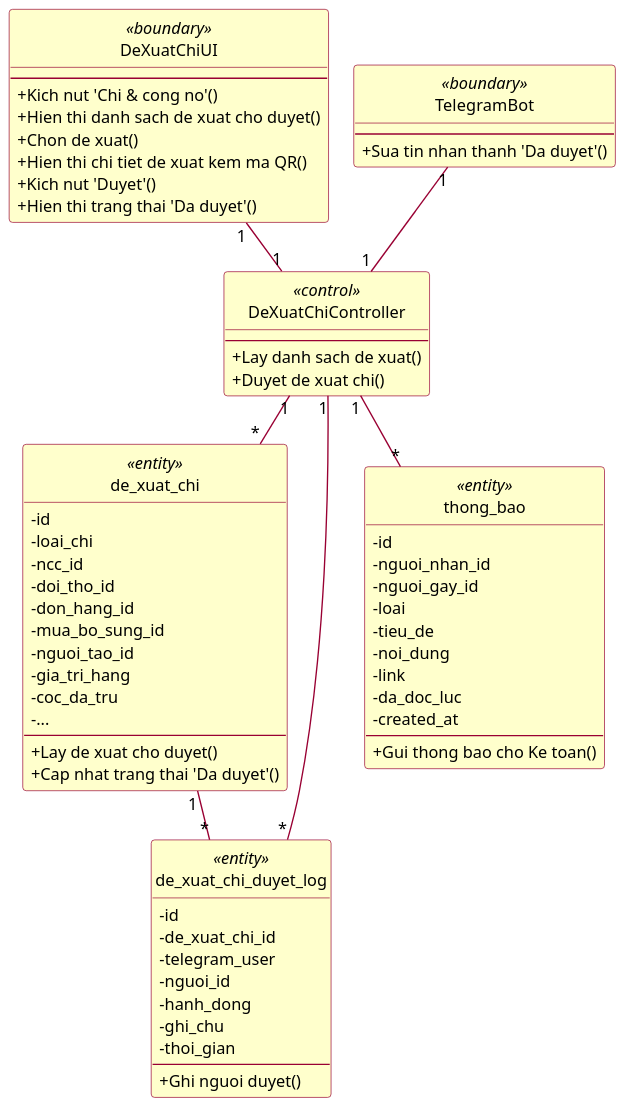
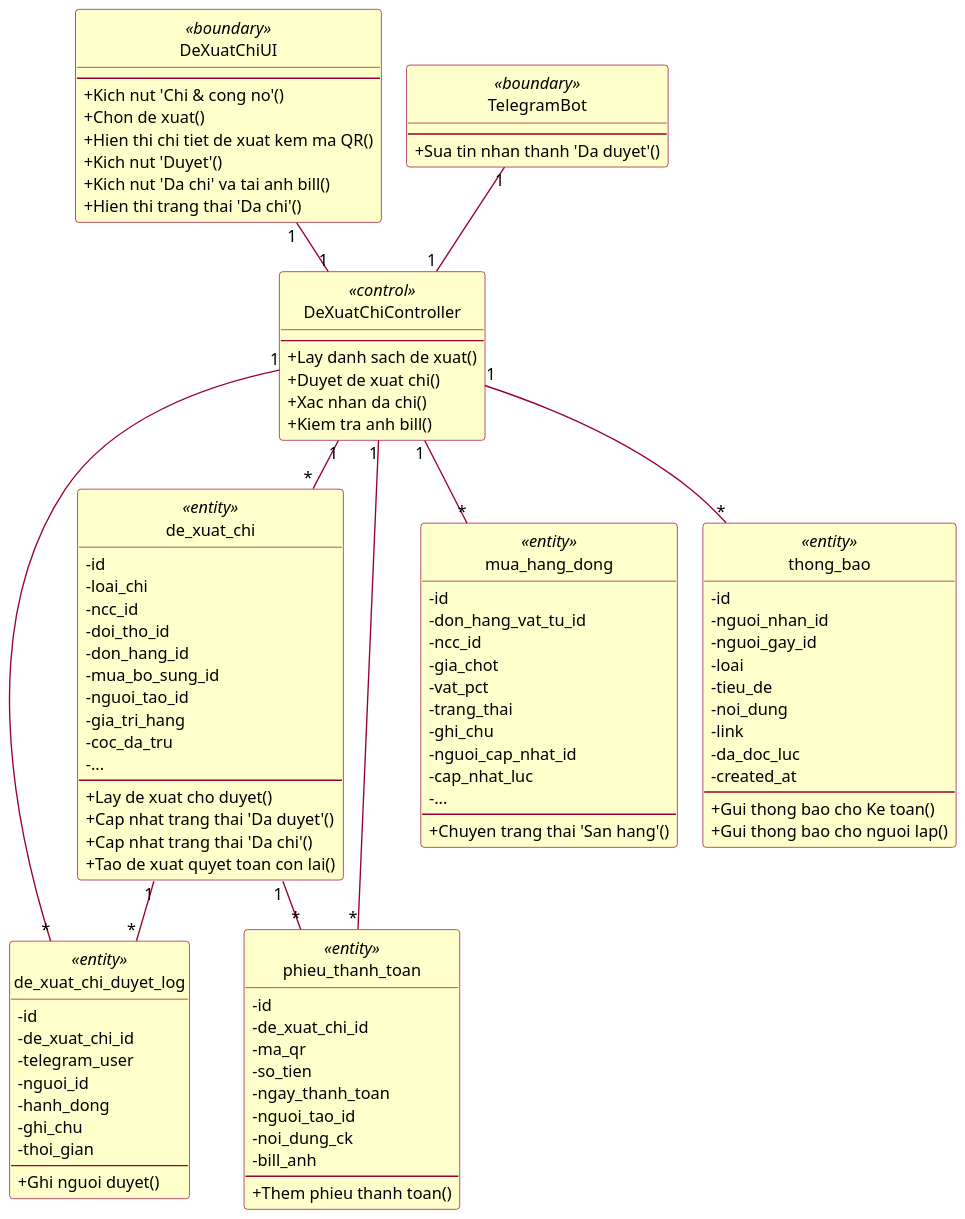
The diagram in _hinh/puml_rose/cls_duyet_chi.puml (simunaroo/ERP), drawn with PlantUML before and after one commit. The commit also changed 70 other files, not shown here.

First line of the commit message:
docs: cap nhat README, so do va cong cu bao cao (bao cao rut gon con 74 trang)

```diff
--- a/_hinh/puml_rose/cls_duyet_chi.puml
+++ b/_hinh/puml_rose/cls_duyet_chi.puml
@@ -1,91 +1,125 @@
 @startuml cls_duyet_chi
 !pragma layout smetana
 skinparam dpi 150
 skinparam defaultFontName Arial
 skinparam defaultFontSize 12
 skinparam shadowing false
 skinparam ArrowColor #990033
 skinparam ActorBorderColor #990033
 skinparam ActorBackgroundColor #FFFFCC
 skinparam UsecaseBorderColor #990033
 skinparam UsecaseBackgroundColor #FFFFCC
 skinparam ClassBorderColor #990033
 skinparam ClassBackgroundColor #FFFFCC
 skinparam ParticipantBorderColor #990033
 skinparam ParticipantBackgroundColor #FFFFCC
 skinparam BoundaryBackgroundColor #FFFFCC
 skinparam BoundaryBorderColor #990033
 skinparam ControlBackgroundColor #FFFFCC
 skinparam ControlBorderColor #990033
 skinparam EntityBackgroundColor #FFFFCC
 skinparam EntityBorderColor #990033
 skinparam SequenceLifeLineBorderColor #444444
 skinparam NoteBackgroundColor #FFFFCC
 skinparam NoteBorderColor #990033
 skinparam packageStyle rectangle
 hide circle
 skinparam classAttributeIconSize 0
 class "DeXuatChiUI" as UI <<boundary>> {
   --
   +Kich nut 'Chi & cong no'()
-  +Hien thi danh sach de xuat cho duyet()
   +Chon de xuat()
   +Hien thi chi tiet de xuat kem ma QR()
   +Kich nut 'Duyet'()
-  +Hien thi trang thai 'Da duyet'()
+  +Kich nut 'Da chi' va tai anh bill()
+  +Hien thi trang thai 'Da chi'()
 }
 class "DeXuatChiController" as C <<control>> {
   --
   +Lay danh sach de xuat()
   +Duyet de xuat chi()
+  +Xac nhan da chi()
+  +Kiem tra anh bill()
 }
 class "TelegramBot" as TG <<boundary>> {
   --
   +Sua tin nhan thanh 'Da duyet'()
 }
 class "de_xuat_chi" as DX <<entity>> {
   -id
   -loai_chi
   -ncc_id
   -doi_tho_id
   -don_hang_id
   -mua_bo_sung_id
   -nguoi_tao_id
   -gia_tri_hang
   -coc_da_tru
   -...
   --
   +Lay de xuat cho duyet()
   +Cap nhat trang thai 'Da duyet'()
+  +Cap nhat trang thai 'Da chi'()
+  +Tao de xuat quyet toan con lai()
 }
 class "de_xuat_chi_duyet_log" as LOG <<entity>> {
   -id
   -de_xuat_chi_id
   -telegram_user
   -nguoi_id
   -hanh_dong
   -ghi_chu
   -thoi_gian
   --
   +Ghi nguoi duyet()
+}
+class "phieu_thanh_toan" as PTT <<entity>> {
+  -id
+  -de_xuat_chi_id
+  -ma_qr
+  -so_tien
+  -ngay_thanh_toan
+  -nguoi_tao_id
+  -noi_dung_ck
+  -bill_anh
+  --
+  +Them phieu thanh toan()
+}
+class "mua_hang_dong" as MH <<entity>> {
+  -id
+  -don_hang_vat_tu_id
+  -ncc_id
+  -gia_chot
+  -vat_pct
+  -trang_thai
+  -ghi_chu
+  -nguoi_cap_nhat_id
+  -cap_nhat_luc
+  -...
+  --
+  +Chuyen trang thai 'San hang'()
 }
 class "thong_bao" as TB <<entity>> {
   -id
   -nguoi_nhan_id
   -nguoi_gay_id
   -loai
   -tieu_de
   -noi_dung
   -link
   -da_doc_luc
   -created_at
   --
   +Gui thong bao cho Ke toan()
+  +Gui thong bao cho nguoi lap()
 }
 UI "1" -- "1" C
 TG "1" -- "1" C
 C "1" -- "*" DX
 C "1" -- "*" LOG
+C "1" -- "*" PTT
+C "1" -- "*" MH
 C "1" -- "*" TB
 DX "1" -- "*" LOG
+DX "1" -- "*" PTT
 @enduml
```
